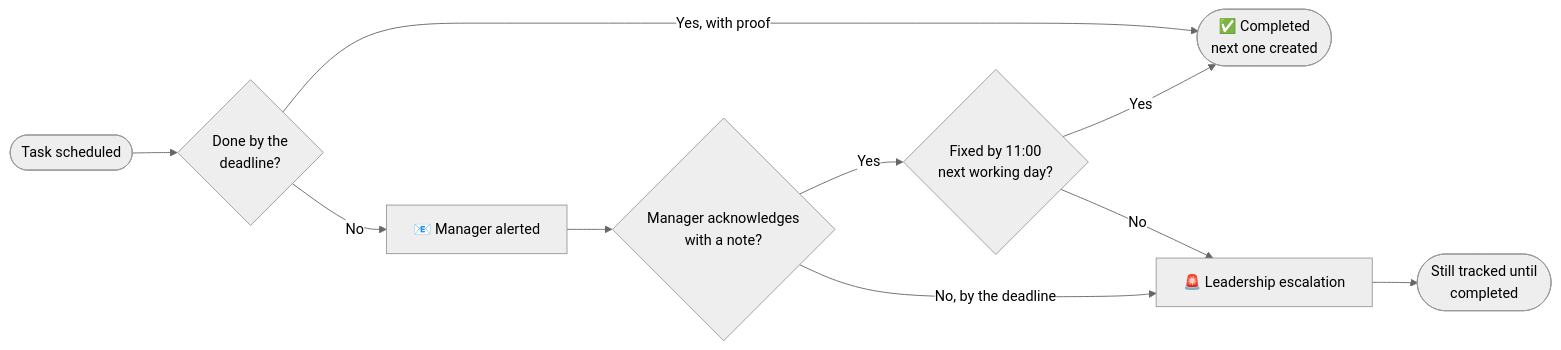
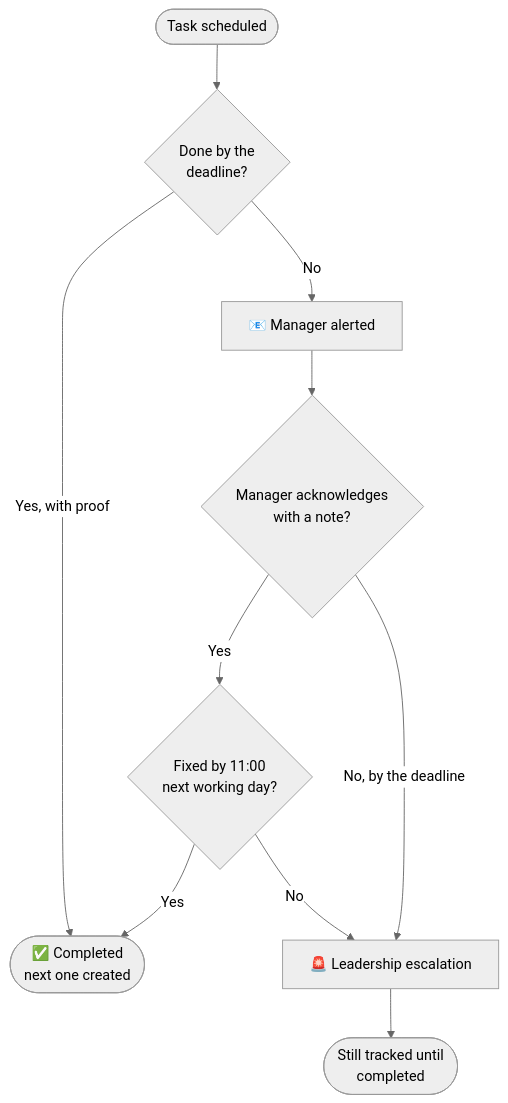
One commit to DevankS5/allo-innoware-task-tracker changed the diagram in README.md. Above: the diagram before and after it, drawn with Mermaid (neutral theme).

Commit message:
README: draw the task lifecycle top-down so labels stay legible

````diff
--- a/README.md
+++ b/README.md
@@ -37,12 +37,12 @@
 ```mermaid
-flowchart LR
+flowchart TD
     A([Task scheduled]) --> B{Done by the<br/>deadline?}
     B -- Yes, with proof --> C([✅ Completed<br/>next one created])
     B -- No --> D[📧 Manager alerted]
     D --> E{Manager acknowledges<br/>with a note?}
     E -- Yes --> F{Fixed by 11:00<br/>next working day?}
     F -- Yes --> C
     F -- No --> G[🚨 Leadership escalation]
     E -- No, by the deadline --> G
     G --> C2([Still tracked until<br/>completed])
 ```
````
